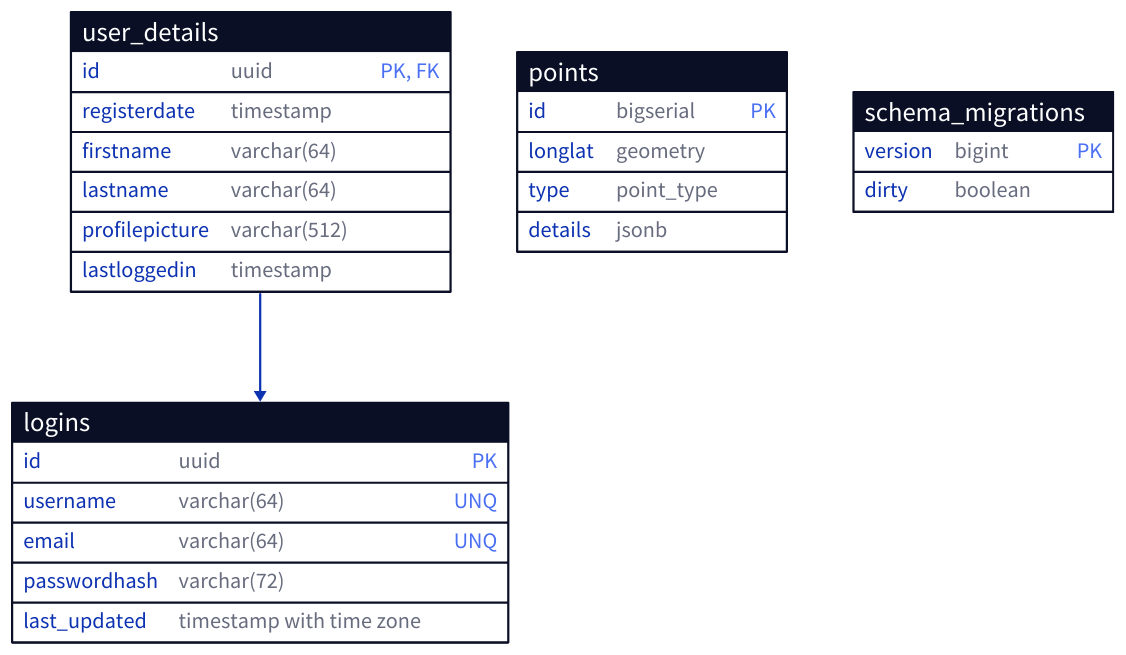
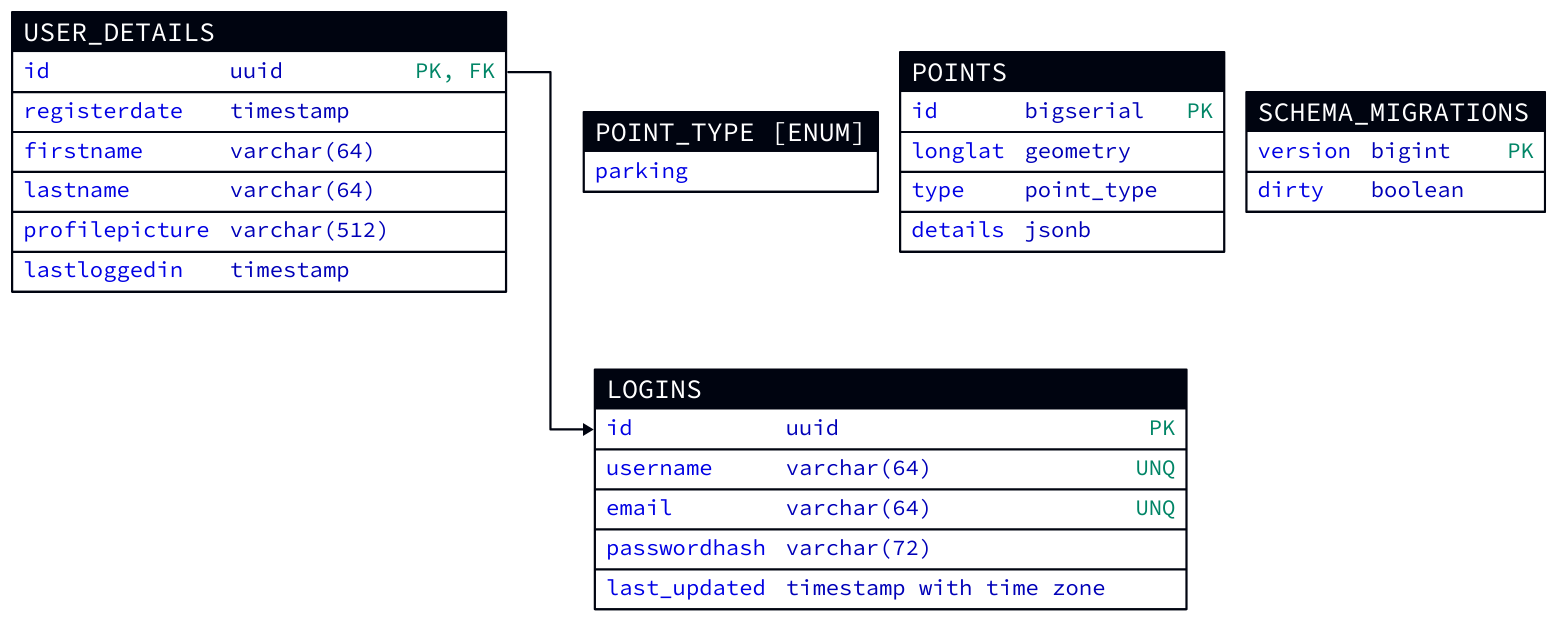
The diagram in Documentation/d2-diagrams/database-init/database-init.d2 (2024-CMPU9010-GROUP-3/PROJECT), drawn with D2 before and after one commit. The commit also changed 8 other files, not shown here.

```diff
--- a/Documentation/d2-diagrams/database-init/database-init.d2
+++ b/Documentation/d2-diagrams/database-init/database-init.d2
@@ -1,39 +1,51 @@
-logins : {
+vars: {
+  d2-config: {
+    layout-engine: elk
+    theme-id: 300
+  }
+}
+
+logins: {
   shape: sql_table
 
   id: uuid {constraint: primary_key}
 
   username: varchar(64) {constraint: unique}
 
   email: varchar(64) {constraint: unique}
 
   passwordhash: varchar(72)
 
   last_updated: timestamp with time zone
 }
 
-user_details {
+user_details: {
   shape: sql_table
   id: uuid {constraint: [primary_key; foreign_key]}
   registerdate: timestamp
   firstname: varchar(64)
   lastname: varchar(64)
   profilepicture: varchar(512)
   lastloggedin: timestamp
 }
 
-points {
+point_type \[enum\]: {
+  shape: sql_table
+  parking
+}
+
+points: {
   shape: sql_table
   id: bigserial {constraint: primary_key}
   longlat: geometry
   type: point_type
   details: jsonb
 }
 
-schema_migrations {
+schema_migrations: {
   shape: sql_table
   version: bigint {constraint: primary_key}
   dirty: boolean
 }
 
 user_details.id -> logins.id
```
